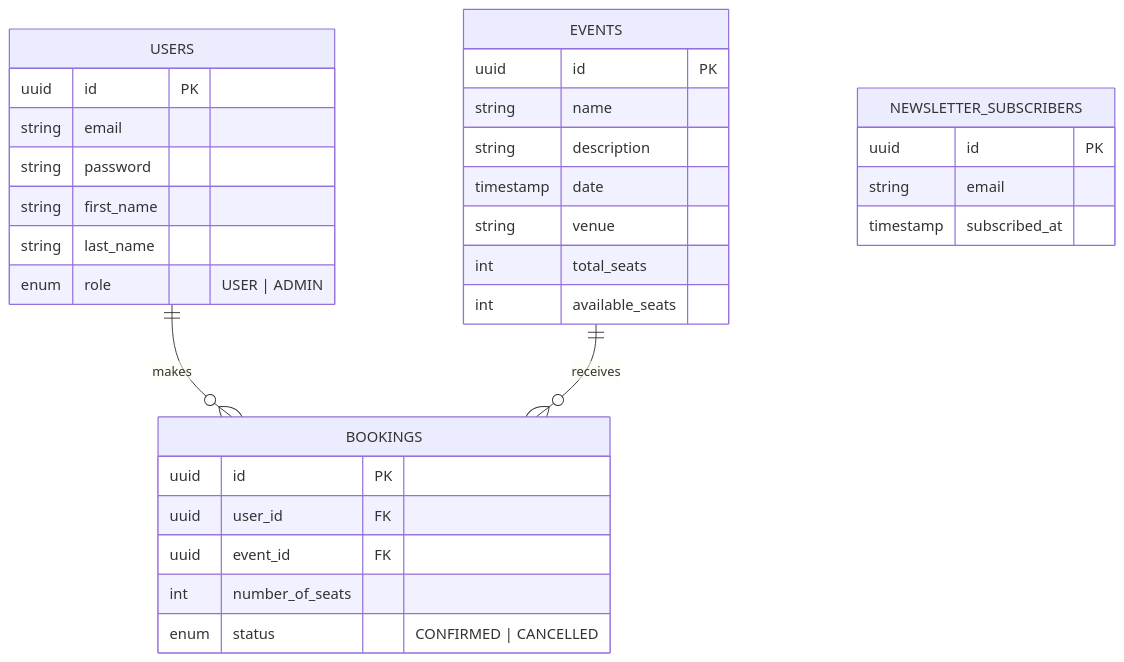
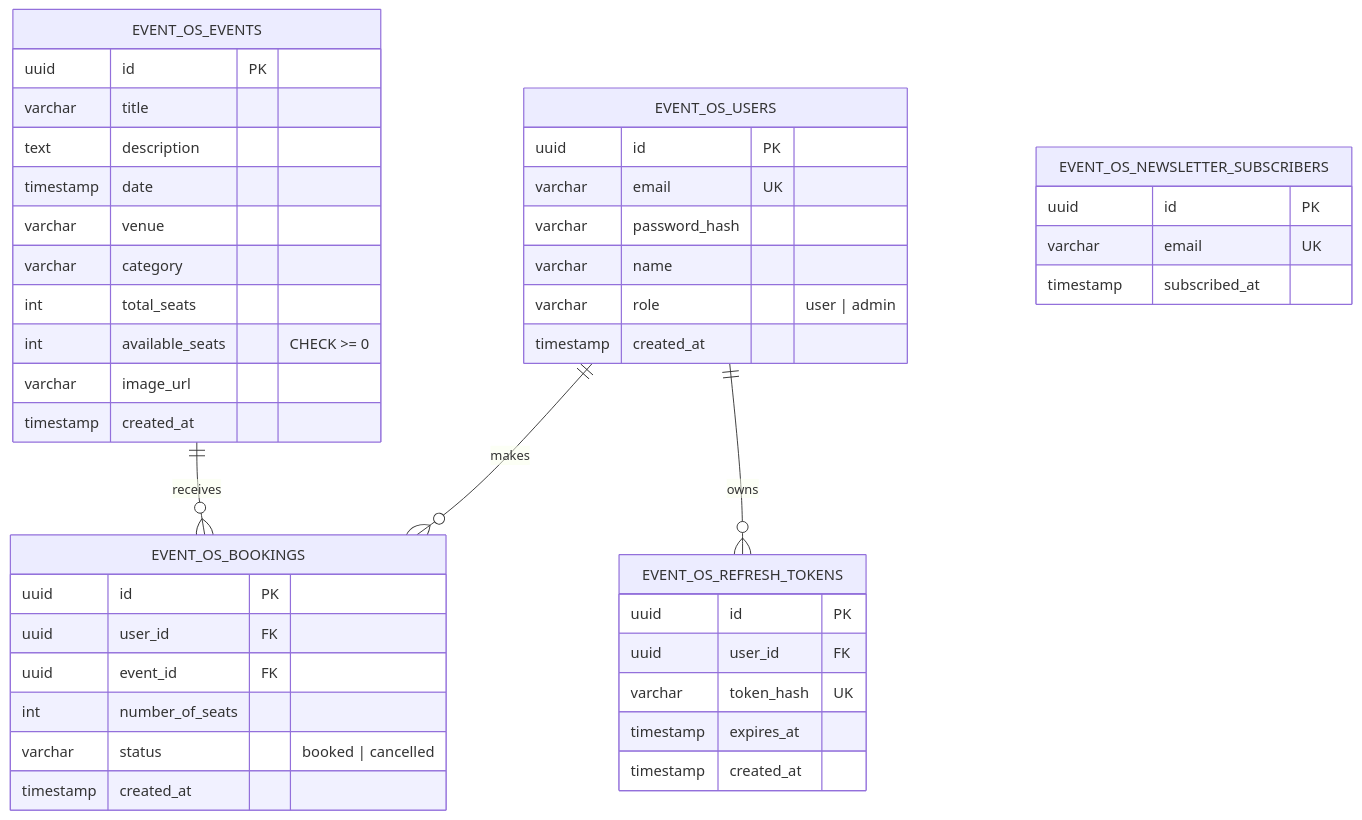
One commit to Awatansh/EventOS changed the diagram in README.md. Above: the diagram before and after it, drawn with Mermaid. The commit also changed other lines of this file and 13 other files, not shown here.

````diff
--- a/README.md
+++ b/README.md
@@ -16,38 +17,51 @@
 ```mermaid
 erDiagram
-    USERS ||--o{ BOOKINGS : "makes"
-    EVENTS ||--o{ BOOKINGS : "receives"
-    
-    USERS {
+    EVENT_OS_USERS ||--o{ EVENT_OS_BOOKINGS : "makes"
+    EVENT_OS_USERS ||--o{ EVENT_OS_REFRESH_TOKENS : "owns"
+    EVENT_OS_EVENTS ||--o{ EVENT_OS_BOOKINGS : "receives"
+
+    EVENT_OS_USERS {
         uuid id PK
-        string email
-        string password
-        string first_name
-        string last_name
-        enum role "USER | ADMIN"
+        varchar email UK
+        varchar password_hash
+        varchar name
+        varchar role "user | admin"
+        timestamp created_at
     }
-    
-    EVENTS {
+
+    EVENT_OS_EVENTS {
         uuid id PK
-        string name
-        string description
+        varchar title
+        text description
         timestamp date
-        string venue
+        varchar venue
+        varchar category
         int total_seats
-        int available_seats
+        int available_seats "CHECK >= 0"
+        varchar image_url
+        timestamp created_at
     }
-    
-    BOOKINGS {
+
+    EVENT_OS_BOOKINGS {
         uuid id PK
         uuid user_id FK
         uuid event_id FK
         int number_of_seats
-        enum status "CONFIRMED | CANCELLED"
+        varchar status "booked | cancelled"
+        timestamp created_at
     }
-    
-    NEWSLETTER_SUBSCRIBERS {
+
+    EVENT_OS_REFRESH_TOKENS {
         uuid id PK
-        string email
+        uuid user_id FK
+        varchar token_hash UK
+        timestamp expires_at
+        timestamp created_at
+    }
+
+    EVENT_OS_NEWSLETTER_SUBSCRIBERS {
+        uuid id PK
+        varchar email UK
         timestamp subscribed_at
     }
 ```
````
